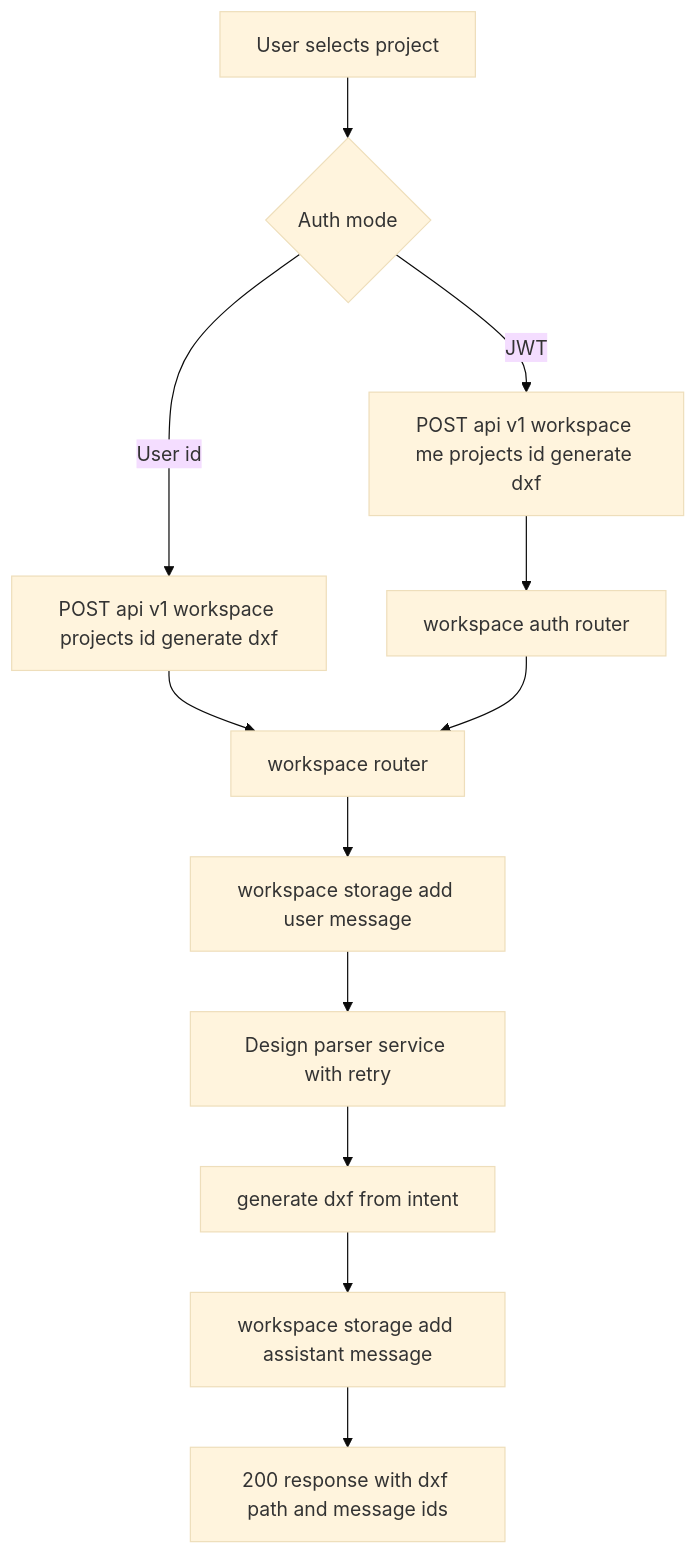
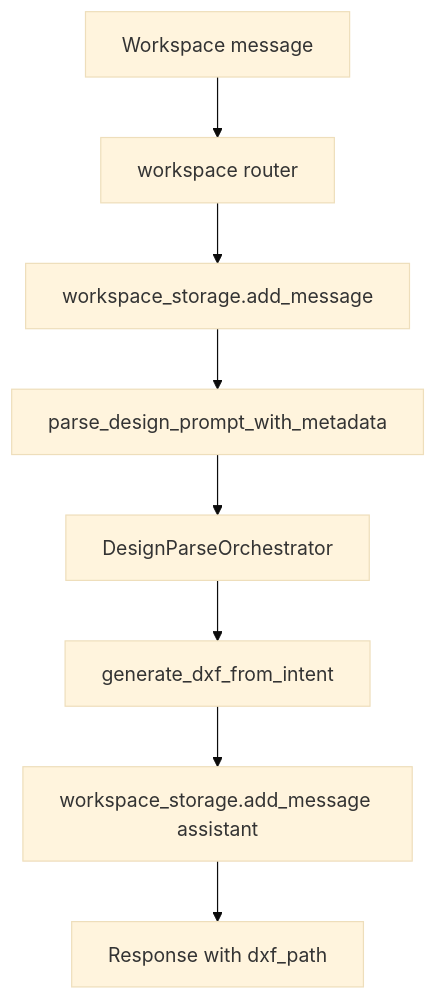
Before and after one commit to Youssefx64/CadArena: the second of 9 diagrams in docs/flow.md, drawn with Mermaid (base theme). The commit also changed other lines of this file and 7 other files, not shown here.

````diff
--- a/docs/flow.md
+++ b/docs/flow.md
@@ -69,14 +29,10 @@
 ```mermaid
 flowchart TD
-    A2[User selects project] --> B2{Auth mode}
-    B2 -->|JWT| C2[POST api v1 workspace me projects id generate dxf]
-    B2 -->|User id| D2[POST api v1 workspace projects id generate dxf]
-    C2 --> E2[workspace auth router]
-    D2 --> F2[workspace router]
-    E2 --> F2
-    F2 --> G2[workspace storage add user message]
-    G2 --> H2[Design parser service with retry]
-    H2 --> I2[generate dxf from intent]
-    I2 --> J2[workspace storage add assistant message]
-    J2 --> K2[200 response with dxf path and message ids]
+    A[Workspace message] --> B[workspace router]
+    B --> C[workspace_storage.add_message]
+    C --> D[parse_design_prompt_with_metadata]
+    D --> E[DesignParseOrchestrator]
+    E --> F[generate_dxf_from_intent]
+    F --> G[workspace_storage.add_message assistant]
+    G --> H[Response with dxf_path]
 ```
````
